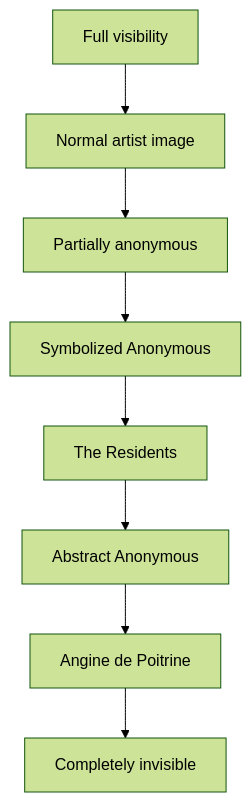
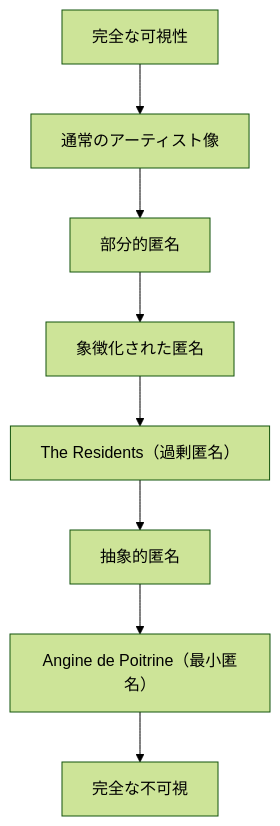
One commit to monumental-movement/monumental-movement.github.io changed diagram 14 of 17 in en/_posts/2026-07-06-column-angine-de-poitrine-the-residents.md. Above: the diagram before and after it, drawn with Mermaid (forest theme). The commit also changed other lines of this file and 2196 other files, not shown here.

```diff
--- a/en/_posts/2026-07-06-column-angine-de-poitrine-the-residents.md
+++ b/en/_posts/2026-07-06-column-angine-de-poitrine-the-residents.md
@@ -1458,14 +1457,14 @@
 <div class="mermaid">
 flowchart TD
 
-A["Full visibility"]
-B["Normal artist image"]
-C["Partially anonymous"]
-D["Symbolized Anonymous"]
-E["The Residents"]
-F["Abstract Anonymous"]
-G["Angine de Poitrine"]
-H["Completely invisible"]
+A["完全な可視性"]
+B["通常のアーティスト像"]
+C["部分的匿名"]
+D["象徴化された匿名"]
+E["The Residents（過剰匿名）"]
+F["抽象的匿名"]
+G["Angine de Poitrine（最小匿名）"]
+H["完全な不可視"]
 
 A --> B --> C --> D --> E --> F --> G --> H
 </div>
```
